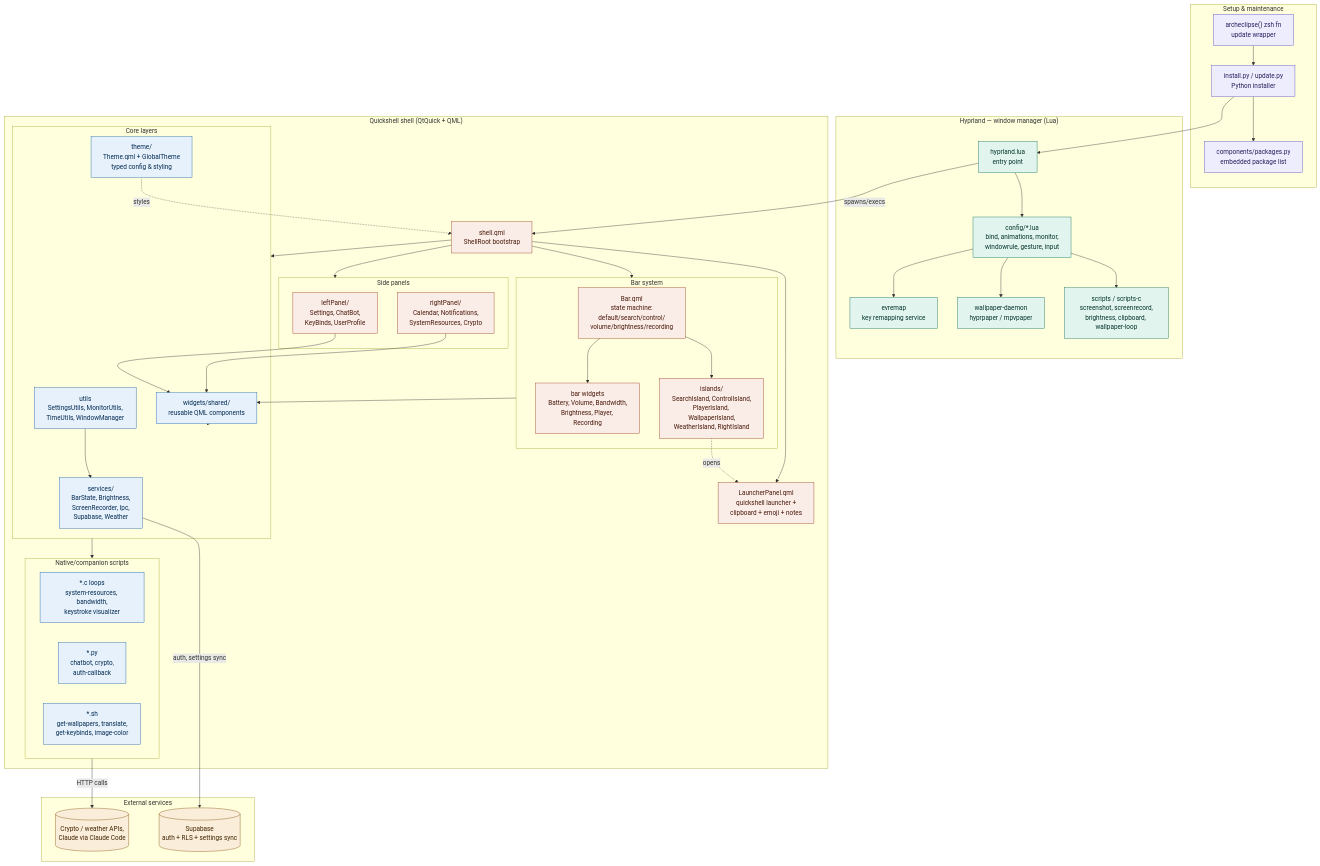
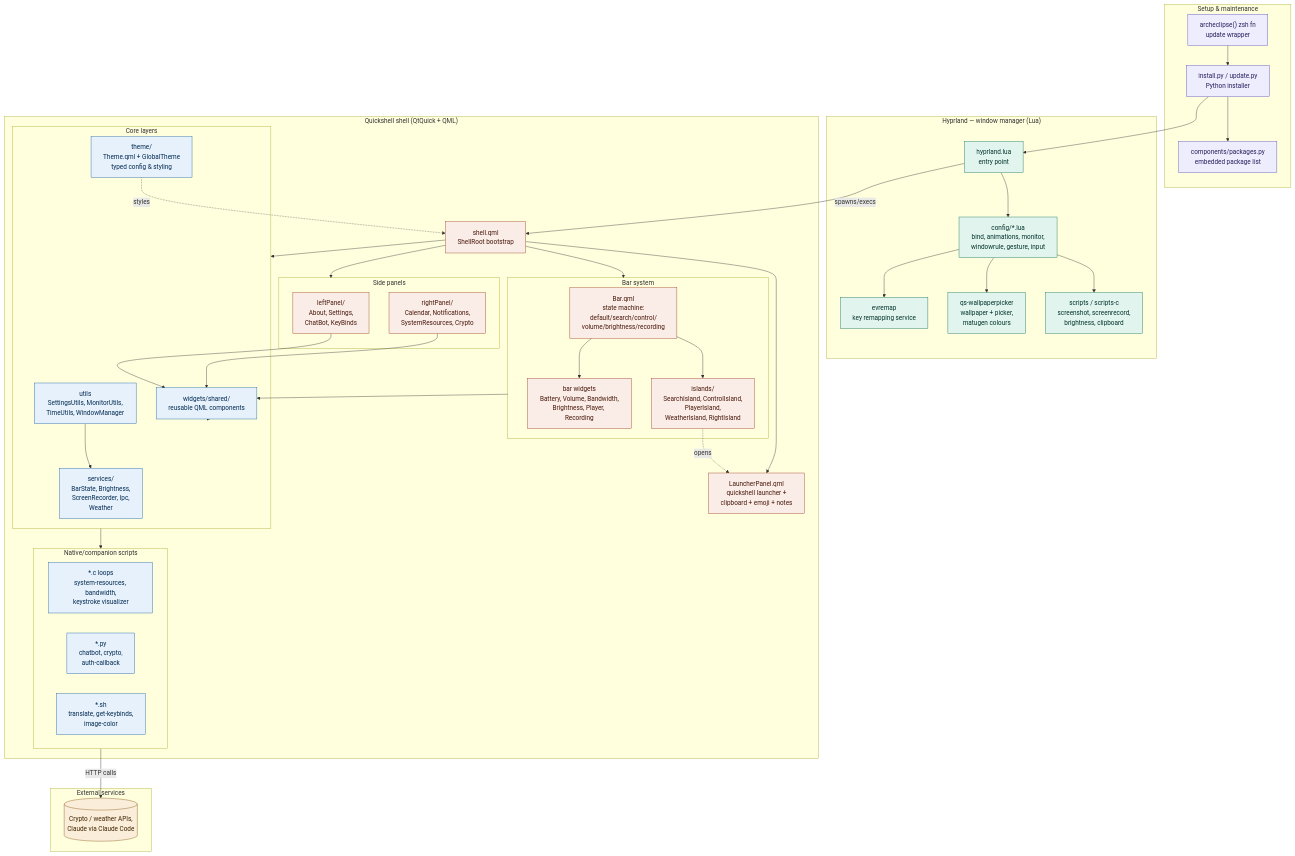
One commit to bushninjadots/ArchEclipsedots changed the diagram in README.md. Above: the diagram before and after it, drawn with Mermaid. The commit also changed other lines of this file and 119 other files, not shown here.

First line of the commit message:
Swap in qs-wallpaperpicker with matugen, drop supporter/account features

````diff
--- a/README.md
+++ b/README.md
@@ -94,8 +96,8 @@
     subgraph Hypr["Hyprland — window manager (Lua)"]
         HyprMain["hyprland.lua<br/>entry point"]
         HyprConfig["config/*.lua<br/>bind, animations, monitor,<br/>windowrule, gesture, input"]
-        HyprScripts["scripts / scripts-c<br/>screenshot, screenrecord,<br/>brightness, clipboard, wallpaper-loop"]
-        WallpaperDaemon["wallpaper-daemon<br/>hyprpaper / mpvpaper"]
+        HyprScripts["scripts / scripts-c<br/>screenshot, screenrecord,<br/>brightness, clipboard"]
+        WallpaperDaemon["qs-wallpaperpicker<br/>wallpaper + picker,<br/>matugen colours"]
         Evremap["evremap<br/>key remapping service"]
     end
 
@@ -104,20 +106,20 @@
 
         subgraph BarSys["Bar system"]
             Bar["Bar.qml<br/>state machine:<br/>default/search/control/<br/>volume/brightness/recording"]
-            BarIslands["islands/<br/>SearchIsland, ControlIsland,<br/>PlayerIsland, WallpaperIsland,<br/>WeatherIsland, RightIsland"]
+            BarIslands["islands/<br/>SearchIsland, ControlIsland,<br/>PlayerIsland,<br/>WeatherIsland, RightIsland"]
             BarSub["bar widgets<br/>Battery, Volume, Bandwidth,<br/>Brightness, Player, Recording"]
         end
 
         AppLauncher["LauncherPanel.qml<br/>quickshell launcher +<br/>clipboard + emoji + notes"]
 
         subgraph Panels["Side panels"]
-            LeftPanel["leftPanel/<br/>Settings, ChatBot,<br/>KeyBinds, UserProfile"]
+            LeftPanel["leftPanel/<br/>About, Settings,<br/>ChatBot, KeyBinds"]
             RightPanel["rightPanel/<br/>Calendar, Notifications,<br/>SystemResources, Crypto"]
         end
 
         subgraph Core["Core layers"]
             Widgets["widgets/shared/<br/>reusable QML components"]
-            Services["services/<br/>BarState, Brightness,<br/>ScreenRecorder, Ipc,<br/>Supabase, Weather"]
+            Services["services/<br/>BarState, Brightness,<br/>ScreenRecorder, Ipc,<br/>Weather"]
             Utils["utils<br/>SettingsUtils, MonitorUtils,<br/>TimeUtils, WindowManager"]
             Theme["theme/<br/>Theme.qml + GlobalTheme<br/>typed config & styling"]
         end
@@ -125,12 +127,11 @@
         subgraph NativeScripts["Native/companion scripts"]
             CLoops["*.c loops<br/>system-resources, bandwidth,<br/>keystroke visualizer"]
             PyScripts["*.py<br/>chatbot, crypto,<br/>auth-callback"]
-            ShScripts["*.sh<br/>get-wallpapers, translate,<br/>get-keybinds, image-color"]
+            ShScripts["*.sh<br/>translate, get-keybinds,<br/>image-color"]
         end
     end
 
     subgraph Backend["External services"]
-        Supabase[("Supabase<br/>auth + RLS + settings sync")]
         APIs[("Crypto / weather APIs,<br/>Claude via Claude Code")]
     end
 
@@ -160,7 +161,6 @@
 
     Core --> NativeScripts
     Utils --> Services
-    Services -->|"auth, settings sync"| Supabase
     NativeScripts -->|"HTTP calls"| APIs
 
     Theme -.->|styles| Shell
@@ -175,5 +175,5 @@
     class HyprMain,HyprConfig,HyprScripts,WallpaperDaemon,Evremap hypr
     class Shell,Bar,BarIslands,BarSub,AppLauncher,LeftPanel,RightPanel qs
     class Widgets,Services,Utils,Theme,CLoops,PyScripts,ShScripts core
-    class Supabase,APIs ext
+    class APIs ext
 ```
````
